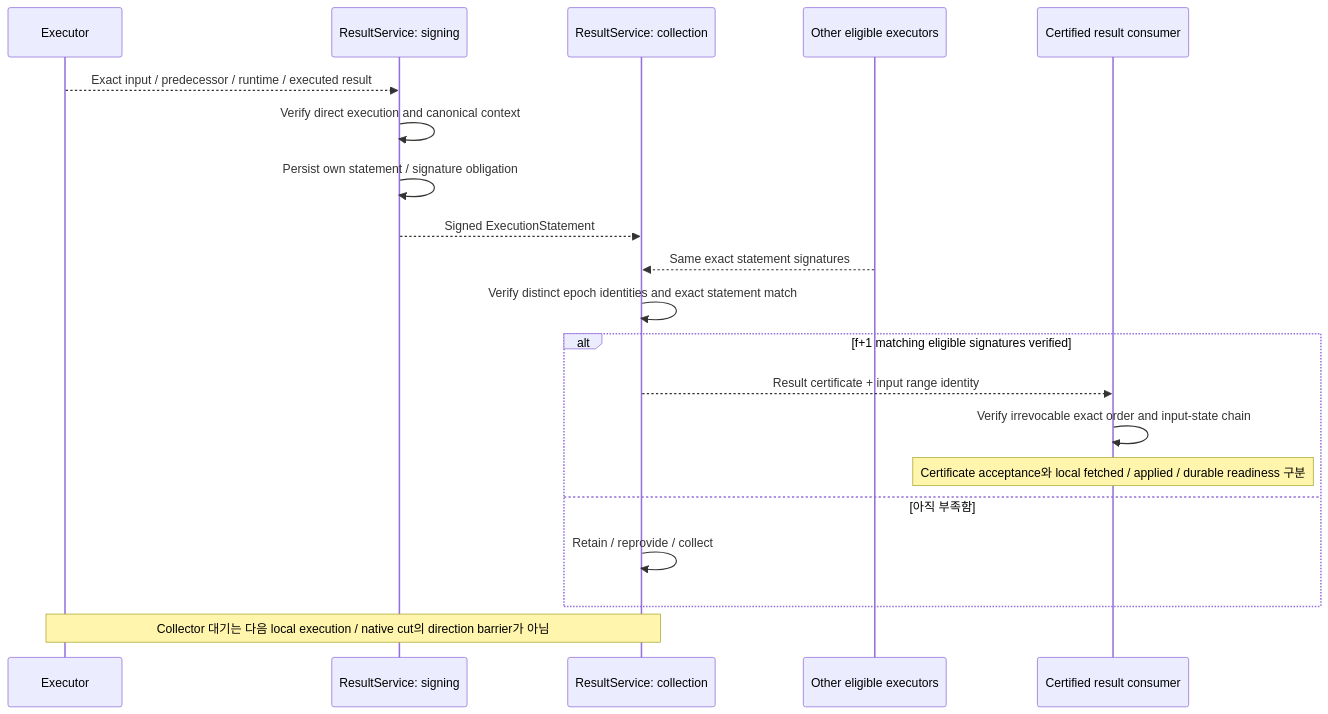
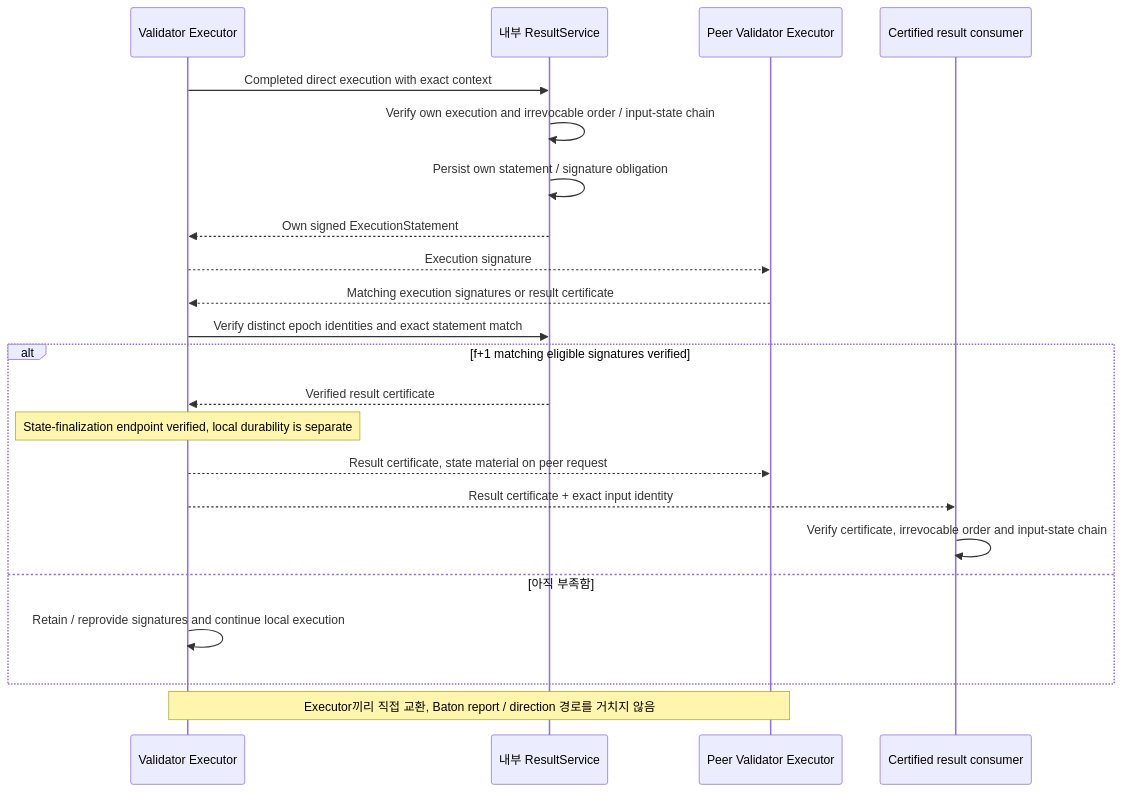
Before and after one commit to djm07073/baton-research: diagram 11 of 18 in IMPLEMENTATION_SPEC.md, drawn with Mermaid. The commit also changed other lines of this file and 30 other files, not shown here.

Commit message:
docs: assign finalization and validator state sync to Executor

````diff
--- a/IMPLEMENTATION_SPEC.md
+++ b/IMPLEMENTATION_SPEC.md
@@ -550,22 +559,24 @@
 ```mermaid
 sequenceDiagram
-    participant E as Executor
-    participant S as ResultService: signing
-    participant C as ResultService: collection
-    participant V as Other eligible executors
+    participant E as Validator Executor
+    participant S as 내부 ResultService
+    participant P as Peer Validator Executor
     participant R as Certified result consumer
-    E-->>S: Exact input / predecessor / runtime / executed result
-    S->>S: Verify direct execution and canonical context
+    E->>S: Completed direct execution with exact context
+    S->>S: Verify own execution and irrevocable order / input-state chain
     S->>S: Persist own statement / signature obligation
-    S-->>C: Signed ExecutionStatement
-    V-->>C: Same exact statement signatures
-    C->>C: Verify distinct epoch identities and exact statement match
+    S-->>E: Own signed ExecutionStatement
+    E-->>P: Execution signature
+    P-->>E: Matching execution signatures or result certificate
+    E->>S: Verify distinct epoch identities and exact statement match
     alt f+1 matching eligible signatures verified
-        C-->>R: Result certificate + input range identity
-        R->>R: Verify irrevocable exact order and input-state chain
-        Note over R: Certificate acceptance와 local fetched / applied / durable readiness 구분
+        S-->>E: Verified result certificate
+        Note over E: State-finalization endpoint verified, local durability is separate
+        E-->>P: Result certificate, state material on peer request
+        E-->>R: Result certificate + exact input identity
+        R->>R: Verify certificate, irrevocable order and input-state chain
     else 아직 부족함
-        C->>C: Retain / reprovide / collect
+        E->>E: Retain / reprovide signatures and continue local execution
     end
-    Note over E,C: Collector 대기는 다음 local execution / native cut의 direction barrier가 아님
+    Note over E,P: Executor끼리 직접 교환, Baton report / direction 경로를 거치지 않음
 ```
````
